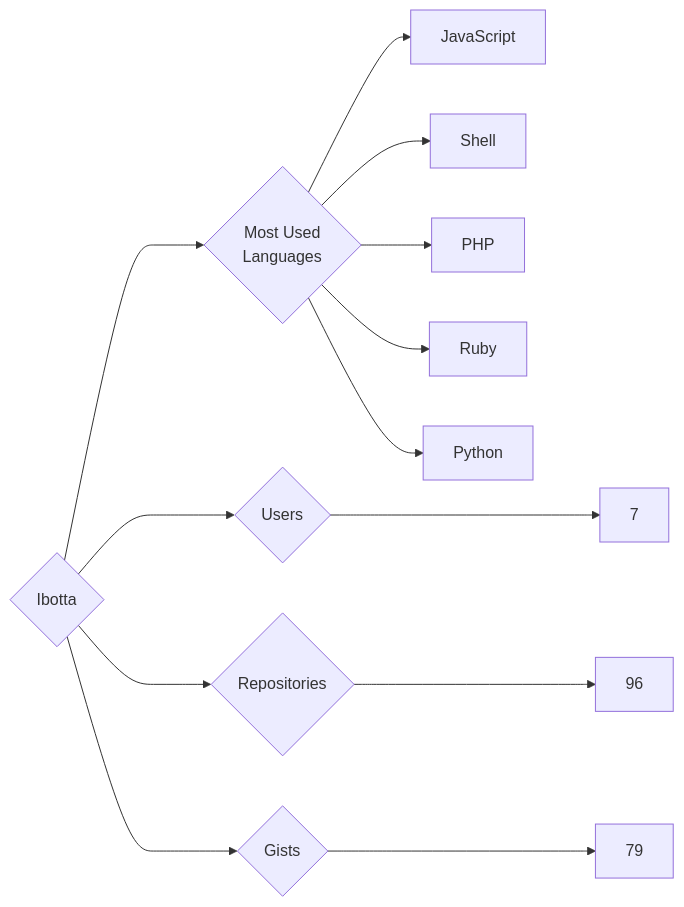
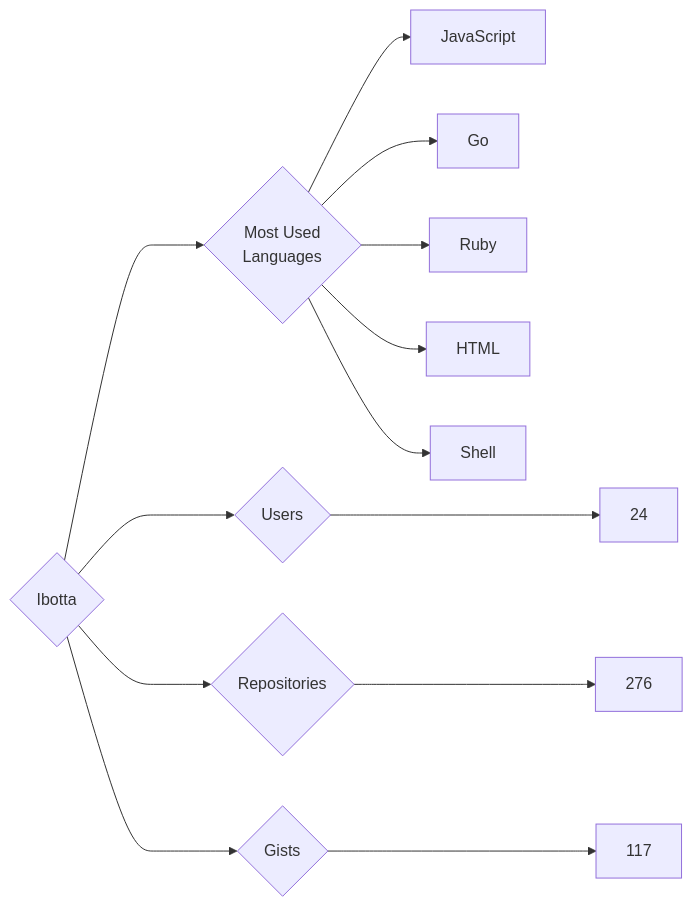
One commit to trickest/insiders changed the diagram in targets/Ibotta/README.md. Above: the diagram before and after it, drawn with Mermaid. The commit also changed 900 other files, not shown here.

````diff
--- a/targets/Ibotta/README.md
+++ b/targets/Ibotta/README.md
@@ -3,13 +3,13 @@
 ```mermaid
 graph LR
 COMPANY_NAME{Ibotta}
-COMPANY_NAME ---> U{Users} ---> UN[7]
-COMPANY_NAME ---> R{Repositories} ---> RN[96]
-COMPANY_NAME ---> G{Gists} ---> GN[79]
+COMPANY_NAME ---> U{Users} ---> UN[24]
+COMPANY_NAME ---> R{Repositories} ---> RN[276]
+COMPANY_NAME ---> G{Gists} ---> GN[117]
 COMPANY_NAME ---> ML{Most Used<br>Languages}
 ML --> JavaScript[JavaScript]
+ML --> Go[Go]
+ML --> Ruby[Ruby]
+ML --> HTML[HTML]
 ML --> Shell[Shell]
-ML --> PHP[PHP]
-ML --> Ruby[Ruby]
-ML --> Python[Python]
 ```
````
